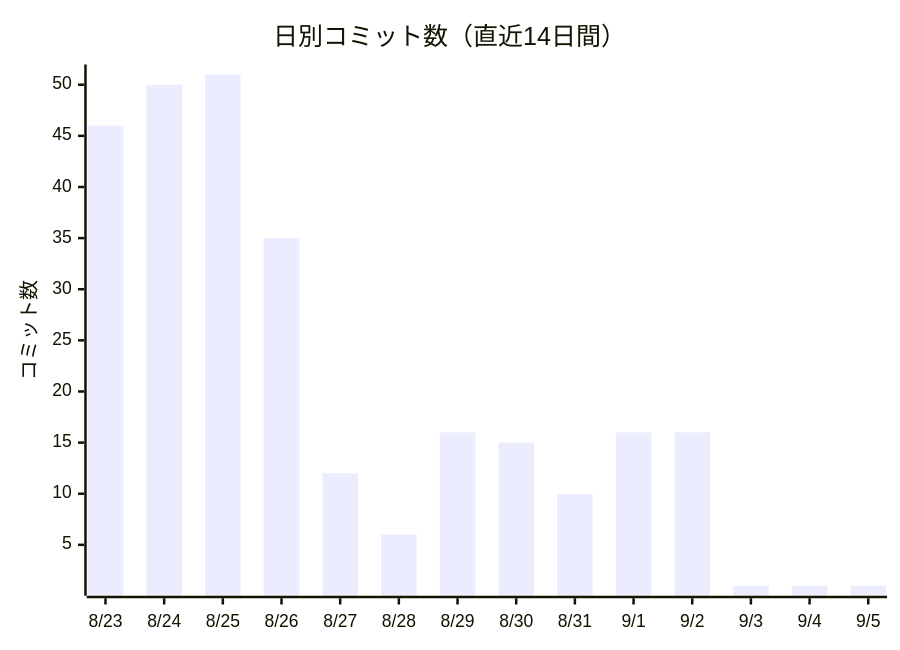
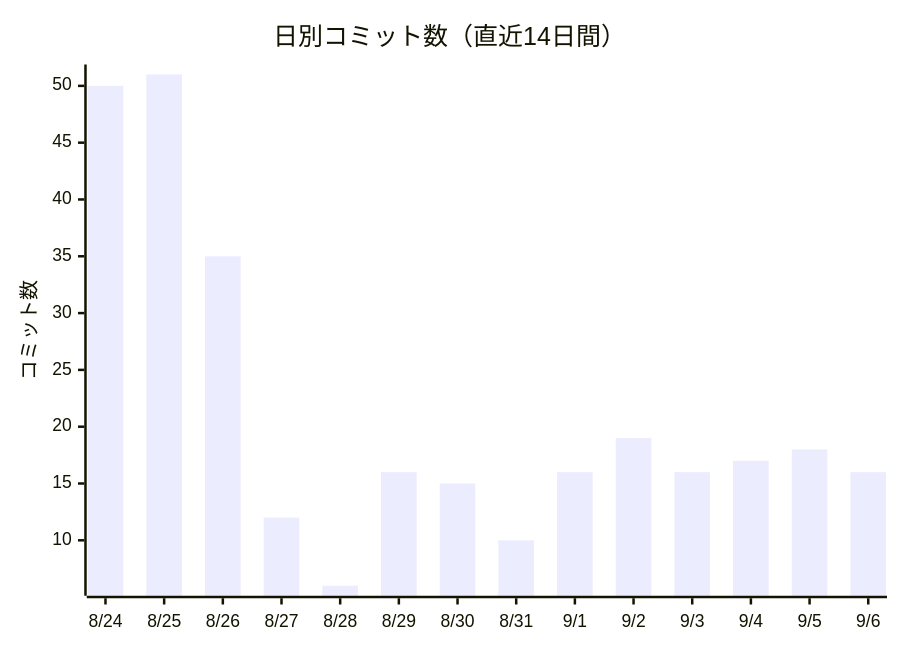
Before and after one commit to non-x2/non-x2: the first of 2 diagrams in docs/進化レポート.md, drawn with Mermaid. The commit also changed other lines of this file and 2 other files, not shown here.

````diff
--- a/docs/進化レポート.md
+++ b/docs/進化レポート.md
@@ -23,7 +23,7 @@
 ```mermaid
 xychart-beta
     title "日別コミット数（直近14日間）"
-    x-axis ["8/23", "8/24", "8/25", "8/26", "8/27", "8/28", "8/29", "8/30", "8/31", "9/1", "9/2", "9/3", "9/4", "9/5"]
+    x-axis ["8/24", "8/25", "8/26", "8/27", "8/28", "8/29", "8/30", "8/31", "9/1", "9/2", "9/3", "9/4", "9/5", "9/6"]
     y-axis "コミット数"
-    bar [46, 50, 51, 35, 12, 6, 16, 15, 10, 16, 16, 1, 1, 1]
+    bar [50, 51, 35, 12, 6, 16, 15, 10, 16, 19, 16, 17, 18, 16]
 ```
````
